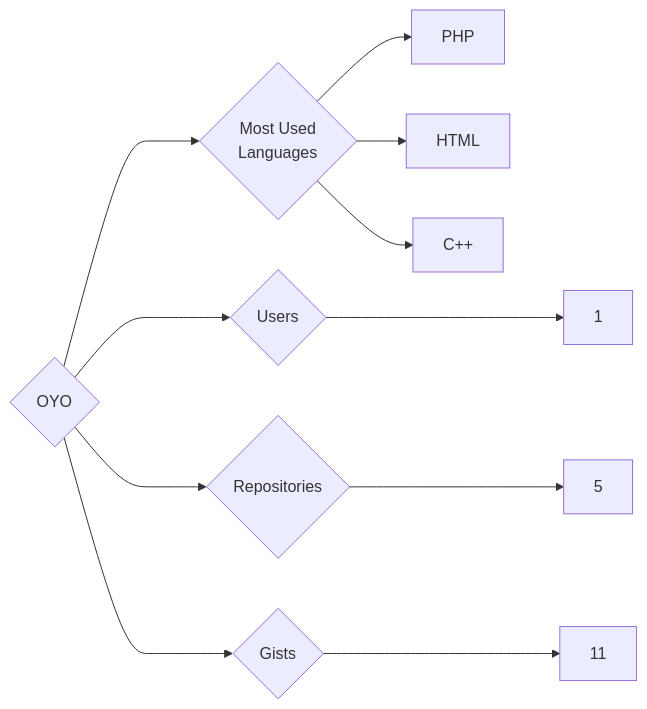
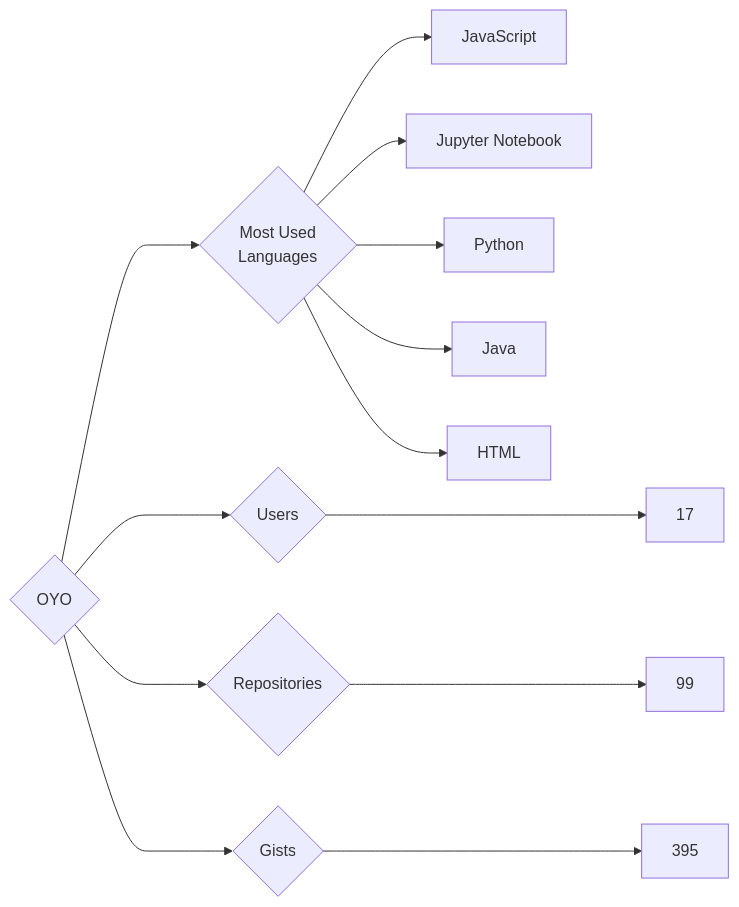
Before and after one commit to trickest/insiders: the diagram in targets/OYO/README.md, drawn with Mermaid. The commit also changed 814 other files, not shown here.

````diff
--- a/targets/OYO/README.md
+++ b/targets/OYO/README.md
@@ -3,11 +3,13 @@
 ```mermaid
 graph LR
 COMPANY_NAME{OYO}
-COMPANY_NAME ---> U{Users} ---> UN[1]
-COMPANY_NAME ---> R{Repositories} ---> RN[5]
-COMPANY_NAME ---> G{Gists} ---> GN[11]
+COMPANY_NAME ---> U{Users} ---> UN[17]
+COMPANY_NAME ---> R{Repositories} ---> RN[99]
+COMPANY_NAME ---> G{Gists} ---> GN[395]
 COMPANY_NAME ---> ML{Most Used<br>Languages}
-ML --> PHP[PHP]
+ML --> JavaScript[JavaScript]
+ML --> Jupyter_Notebook[Jupyter Notebook]
+ML --> Python[Python]
+ML --> Java[Java]
 ML --> HTML[HTML]
-ML --> C++[C++]
 ```
````
